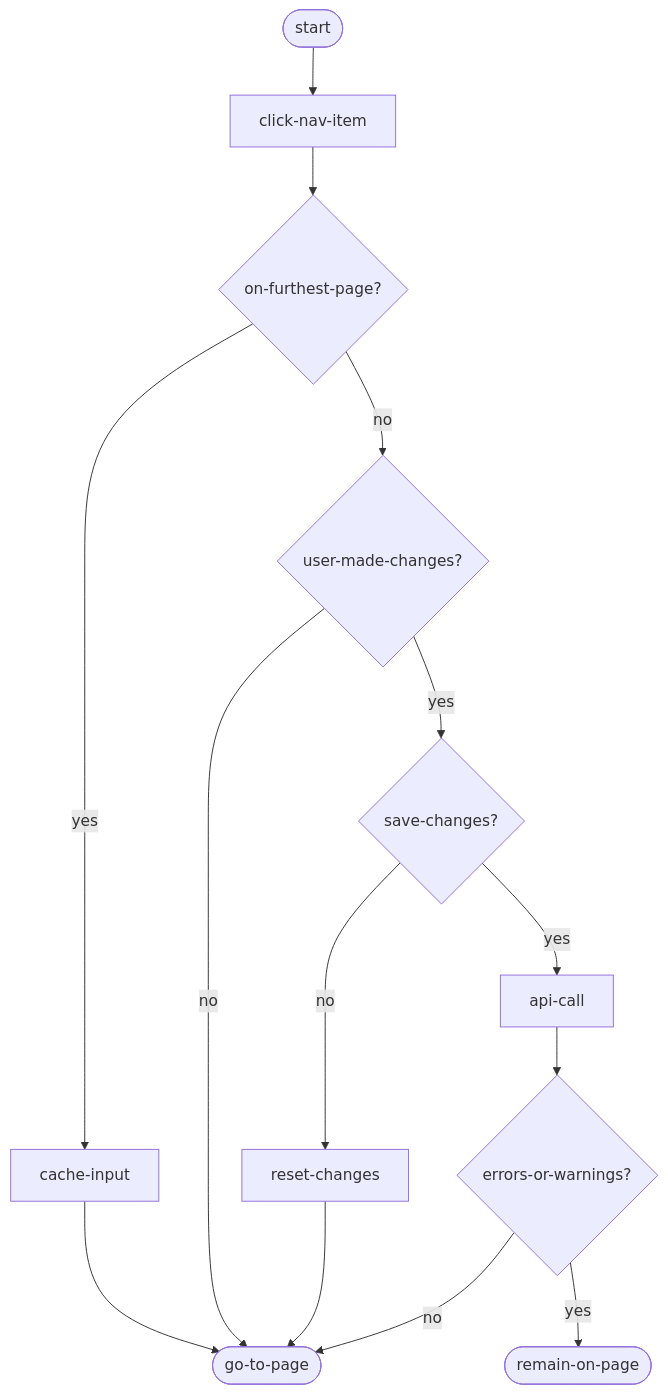
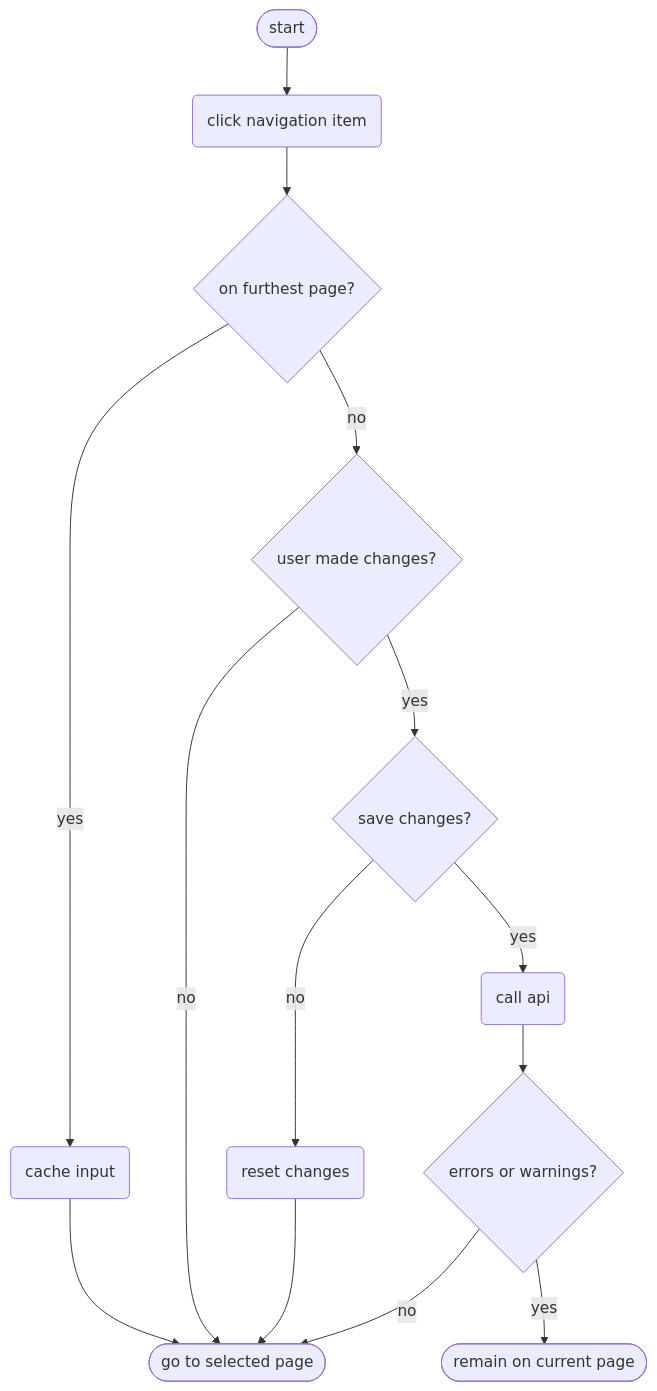
The fourth of 4 diagrams in documentatie/flowcharts/date-entry-page.md (kiesraad/abacus), drawn with Mermaid before and after one commit. The commit also changed other lines of this file, not shown here.

Commit message:
diagrams for everything; proper text in nodes

````diff
--- a/documentatie/flowcharts/date-entry-page.md
+++ b/documentatie/flowcharts/date-entry-page.md
@@ -167,35 +169,35 @@
 ```mermaid
 flowchart TD
     %% start and end
     flow-start([start])
 
-    go-to-page([go-to-page])
-    remain-on-page([remain-on-page])
+    go-to-page([go to selected page])
+    remain-on-page([remain on current page])
 
     %% steps
-    click-nav-item
-    on-furthest-page{on-furthest-page?}
-    user-made-changes{user-made-changes?}
-    save-changes{save-changes?}
-    api-call
-    cache-input
-    reset-changes
-    errors-or-warnings{errors-or-warnings?}
+    click-nav-item(click navigation item)
+    on-furthest-page{on furthest page?}
+    user-made-changes{user made changes?}
+    save-changes{save changes?}
+    call-api(call api)
+    cache-input(cache input)
+    reset-changes(reset changes)
+    errors-or-warnings{errors or warnings?}
 
     %% flow
     flow-start --> click-nav-item
     click-nav-item --> on-furthest-page
     on-furthest-page -- yes --> cache-input
     cache-input --> go-to-page
 
     on-furthest-page -- no --> user-made-changes
     user-made-changes -- no --> go-to-page
     user-made-changes -- yes --> save-changes
     save-changes -- no --> reset-changes
     reset-changes --> go-to-page
-    save-changes -- yes --> api-call
-    api-call --> errors-or-warnings
+    save-changes -- yes --> call-api
+    call-api --> errors-or-warnings
     errors-or-warnings -- no --> go-to-page
     errors-or-warnings -- yes --> remain-on-page
 
 ```
````
